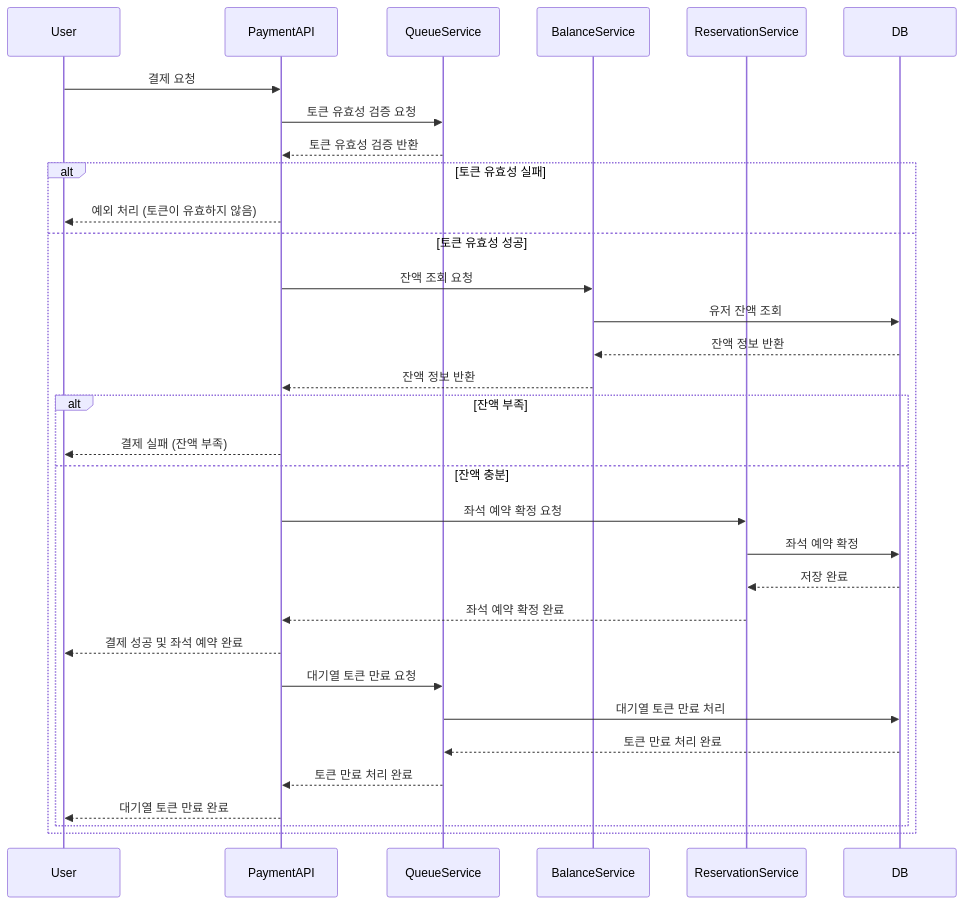
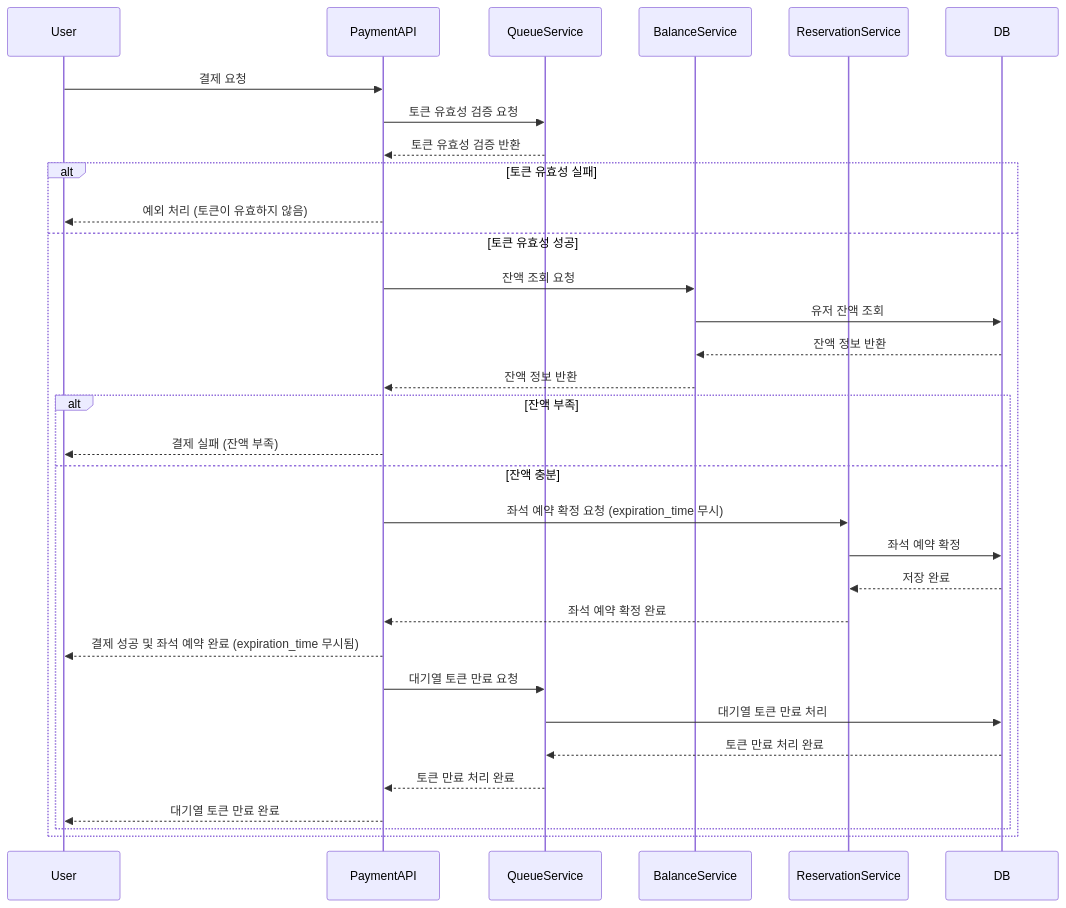
Before and after one commit to JEONGBEOMKO/hhplus-concert: the seventh of 7 diagrams in hhplus-concert/src/docs/sequence_diagram.md, drawn with Mermaid. The commit also changed other lines of this file and 1 other file, not shown here.

First line of the commit message:
Ref: ERD 수정, 시퀀스 다이어그램 수정

````diff
--- a/hhplus-concert/src/docs/sequence_diagram.md
+++ b/hhplus-concert/src/docs/sequence_diagram.md
@@ -152,37 +152,37 @@
 ```mermaid
 sequenceDiagram
     participant User
     participant PaymentAPI
     participant QueueService
     participant BalanceService
     participant ReservationService
     participant DB
 
     User->>PaymentAPI: 결제 요청
     PaymentAPI->>QueueService: 토큰 유효성 검증 요청
     QueueService-->>PaymentAPI: 토큰 유효성 검증 반환
 
     alt 토큰 유효성 실패
         PaymentAPI-->>User: 예외 처리 (토큰이 유효하지 않음)
     else 토큰 유효성 성공
         PaymentAPI->>BalanceService: 잔액 조회 요청
         BalanceService->>DB: 유저 잔액 조회
         DB-->>BalanceService: 잔액 정보 반환
         BalanceService-->>PaymentAPI: 잔액 정보 반환
 
         alt 잔액 부족
             PaymentAPI-->>User: 결제 실패 (잔액 부족)
         else 잔액 충분
-            PaymentAPI->>ReservationService: 좌석 예약 확정 요청
+            PaymentAPI->>ReservationService: 좌석 예약 확정 요청 (expiration_time 무시)
             ReservationService->>DB: 좌석 예약 확정
             DB-->>ReservationService: 저장 완료
             ReservationService-->>PaymentAPI: 좌석 예약 확정 완료
-            PaymentAPI-->>User: 결제 성공 및 좌석 예약 완료
+            PaymentAPI-->>User: 결제 성공 및 좌석 예약 완료 (expiration_time 무시됨)
             PaymentAPI->>QueueService: 대기열 토큰 만료 요청
             QueueService->>DB: 대기열 토큰 만료 처리
             DB-->>QueueService: 토큰 만료 처리 완료
             QueueService-->>PaymentAPI: 토큰 만료 처리 완료
             PaymentAPI-->>User: 대기열 토큰 만료 완료
         end
     end
 ```
````
